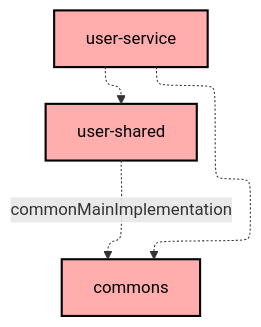
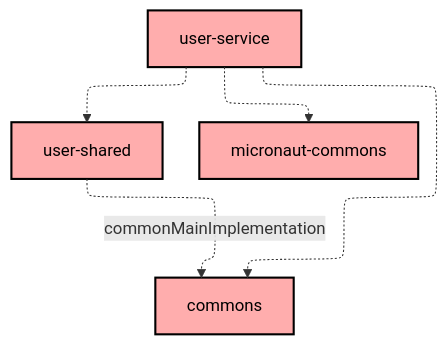
Before and after one commit to Norby99/munchies: the diagram in user-service/README.md, drawn with Mermaid. The commit also changed 5 other files, not shown here.

````diff
--- a/user-service/README.md
+++ b/user-service/README.md
@@ -6,18 +6,20 @@
 ```mermaid
 ---
 config:
   layout: elk
   elk:
     nodePlacementStrategy: SIMPLE
 ---
 graph TB
   :user-shared[user-shared]:::unknown
   :user-service[user-service]:::unknown
+  :micronaut-commons[micronaut-commons]:::unknown
   :commons[commons]:::unknown
 
   :user-service -.-> :commons
+  :user-service -.-> :micronaut-commons
   :user-service -.-> :user-shared
   :user-shared -.->|commonMainImplementation| :commons
 
 classDef unknown fill:#FFADAD,stroke:#000,stroke-width:2px,color:#000;
 ```
````
